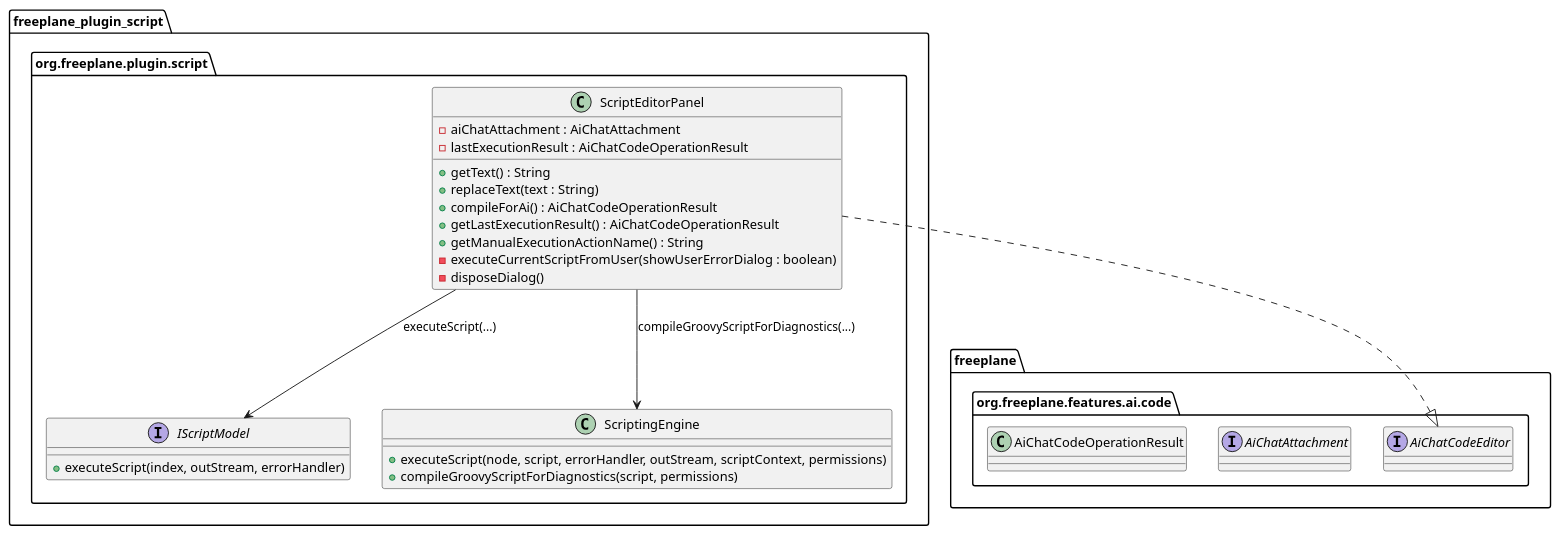
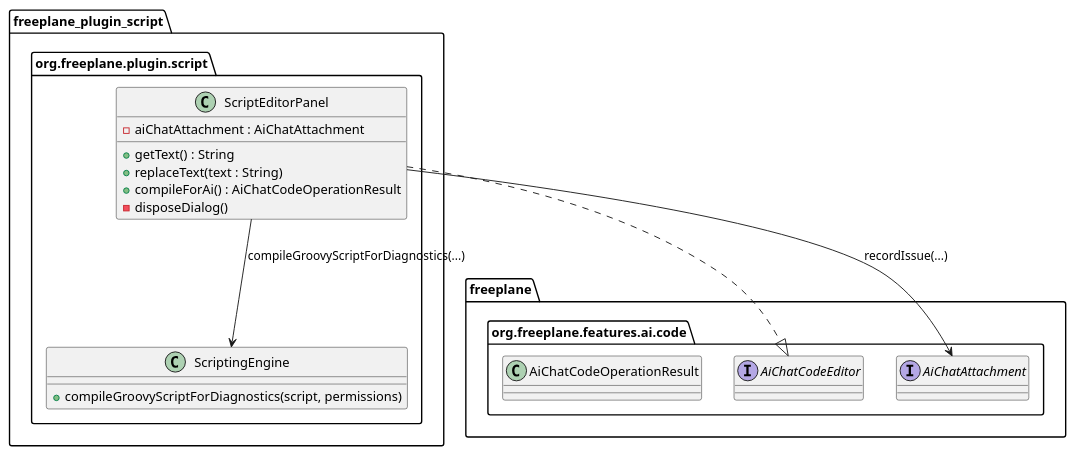
One commit to hyperdreamer/freeplane changed the sixth of 8 diagrams in ai-specs/tasks/in-progress/allow-ai-chat-attachment-for-formula-and-script-editors.md. Above: the diagram before and after it, drawn with PlantUML. The commit also changed other lines of this file, not shown here.

Commit message:
2026-05-27-editor-chat-attachment Clarify attached-editor task design

````diff
--- a/ai-specs/tasks/in-progress/allow-ai-chat-attachment-for-formula-and-script-editors.md
+++ b/ai-specs/tasks/in-progress/allow-ai-chat-attachment-for-formula-and-script-editors.md
@@ -717,41 +765,32 @@
-```plantuml
-@startuml
-set separator none
-package "freeplane" {
-  package "org.freeplane.features.ai.code" {
-    interface AiChatCodeEditor
-    interface AiChatAttachment
-    class AiChatCodeOperationResult
-  }
-}
-
-package "freeplane_plugin_script" {
-  package "org.freeplane.plugin.script" {
-    class ScriptEditorPanel {
-      - aiChatAttachment : AiChatAttachment
-      - lastExecutionResult : AiChatCodeOperationResult
-      + getText() : String
-      + replaceText(text : String)
-      + compileForAi() : AiChatCodeOperationResult
-      + getLastExecutionResult() : AiChatCodeOperationResult
-      + getManualExecutionActionName() : String
-      - executeCurrentScriptFromUser(showUserErrorDialog : boolean)
-      - disposeDialog()
-    }
-
-    interface IScriptModel {
-      + executeScript(index, outStream, errorHandler)
-    }
-
-    class ScriptingEngine {
-      + executeScript(node, script, errorHandler, outStream, scriptContext, permissions)
-      + compileGroovyScriptForDiagnostics(script, permissions)
+  ```plantuml
+  @startuml
+  set separator none
+  package "freeplane" {
+    package "org.freeplane.features.ai.code" {
+      interface AiChatCodeEditor
+      interface AiChatAttachment
+      class AiChatCodeOperationResult
     }
   }
-}
-
-ScriptEditorPanel ..|> AiChatCodeEditor
-ScriptEditorPanel --> IScriptModel : executeScript(...)
-ScriptEditorPanel --> ScriptingEngine : compileGroovyScriptForDiagnostics(...)
-@enduml
-```
+  
+  package "freeplane_plugin_script" {
+    package "org.freeplane.plugin.script" {
+      class ScriptEditorPanel {
+        - aiChatAttachment : AiChatAttachment
+        + getText() : String
+        + replaceText(text : String)
+        + compileForAi() : AiChatCodeOperationResult
+        - disposeDialog()
+      }
+  
+      class ScriptingEngine {
+        + compileGroovyScriptForDiagnostics(script, permissions)
+      }
+    }
+  }
+  
+  ScriptEditorPanel ..|> AiChatCodeEditor
+  ScriptEditorPanel --> ScriptingEngine : compileGroovyScriptForDiagnostics(...)
+  ScriptEditorPanel --> AiChatAttachment : recordIssue(...)
+  @enduml
+  ```
````
